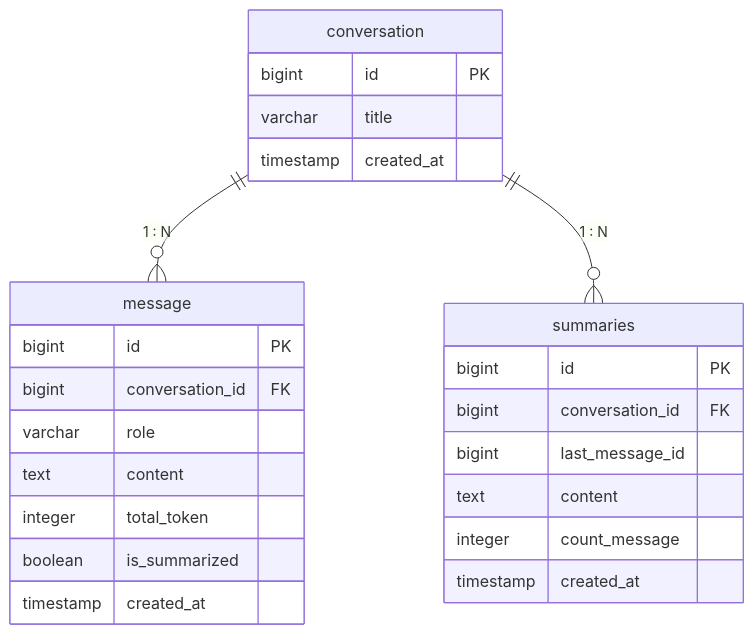
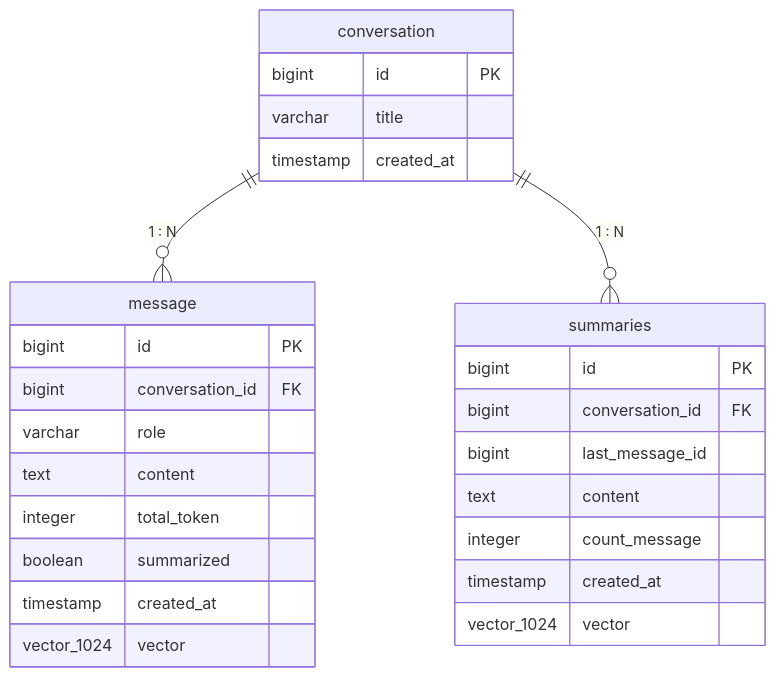
Before and after one commit to RP-Guruh/spring-shell-ai: the diagram in README.md, drawn with Mermaid. The commit also changed other lines of this file and 16 other files, not shown here.

````diff
--- a/README.md
+++ b/README.md
@@ -123,30 +151,32 @@
 ```mermaid
 erDiagram
     conversation ||--o{ message : "1 : N"
     conversation ||--o{ summaries : "1 : N"
 
     conversation {
         bigint id PK
         varchar title
         timestamp created_at
     }
 
     message {
         bigint id PK
         bigint conversation_id FK
         varchar role
         text content
         integer total_token
-        boolean is_summarized
+        boolean summarized
         timestamp created_at
+        vector_1024 vector
     }
 
     summaries {
         bigint id PK
         bigint conversation_id FK
         bigint last_message_id
         text content
         integer count_message
         timestamp created_at
+        vector_1024 vector
     }
 ```
````
